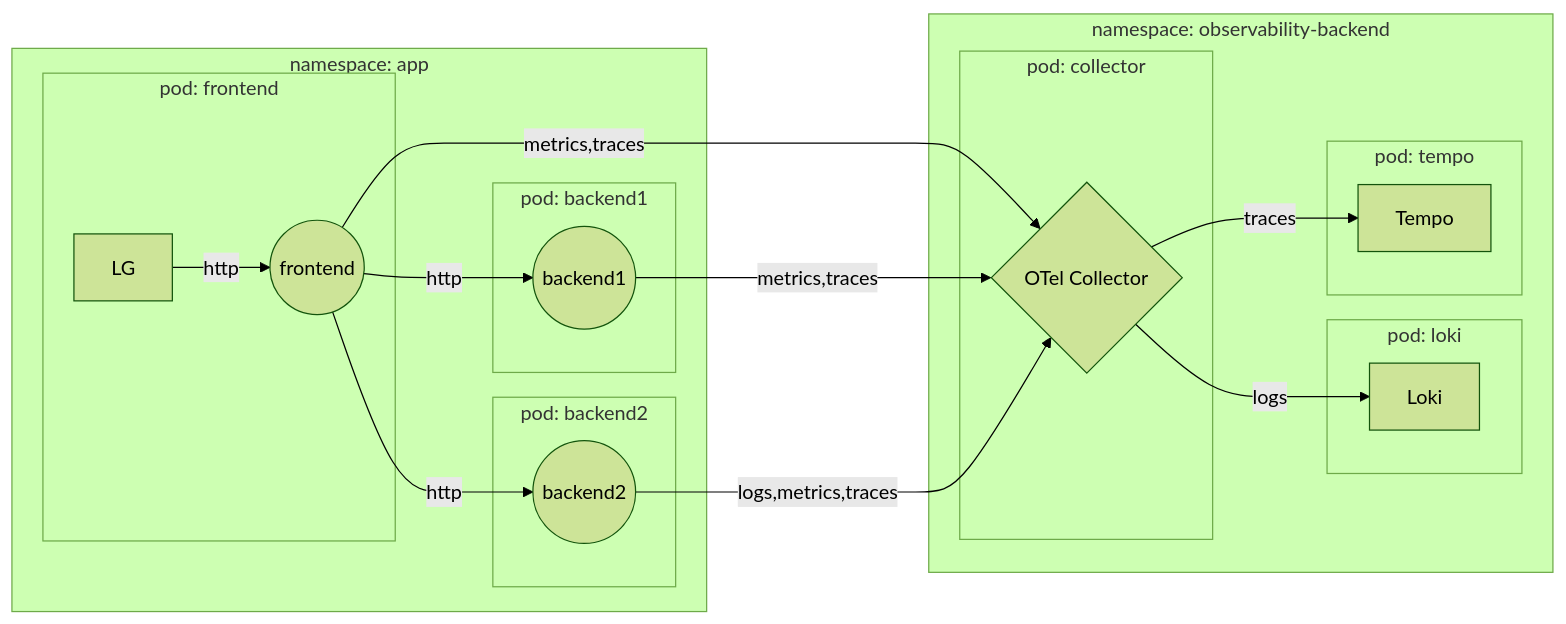
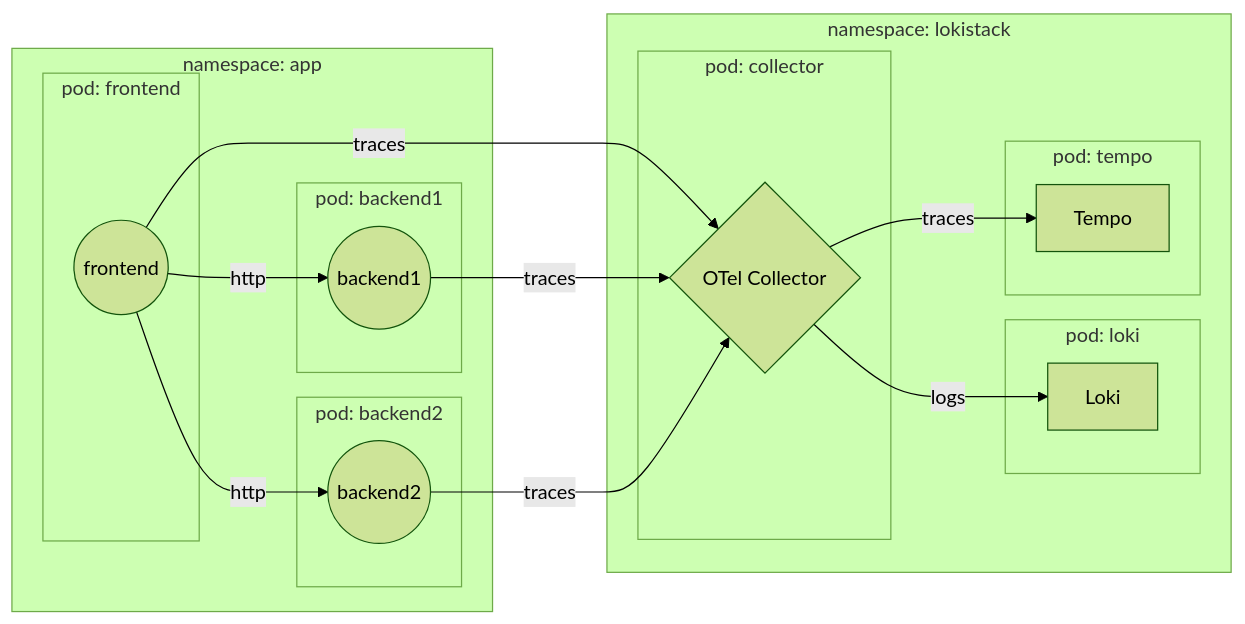
One commit to ramgopireddy/kubecon-eu-2023-opentelemetry-kubernetes-tutorial changed the second of 2 diagrams in 03-app-instrumentation.md. Above: the diagram before and after it, drawn with Mermaid (forest theme).

````diff
--- a/03-app-instrumentation.md
+++ b/03-app-instrumentation.md
@@ -281,26 +281,26 @@
 ```mermaid
 
 flowchart LR
-    subgraph namespace: observability-backend
+    subgraph namespace: lokistack
         subgraph pod: collector
             OC{OTel Collector}
         end
         subgraph pod: loki
             OC --logs-->Loki
         end
         subgraph pod: tempo
             OC --traces-->Tempo
         end
     end
     subgraph namespace: app
         subgraph pod: frontend
-            LG --http--> F((frontend)) --metrics,traces--> OC
+            F((frontend)) --traces--> OC
         end
         subgraph pod: backend1
-            F --http--> B1((backend1)) --metrics,traces--> OC
+            F --http--> B1((backend1)) --traces--> OC
         end
         subgraph pod: backend2
-            F --http--> B2((backend2)) --logs,metrics,traces--> OC
+            F --http--> B2((backend2)) --traces--> OC
         end
     end
 ```
````
